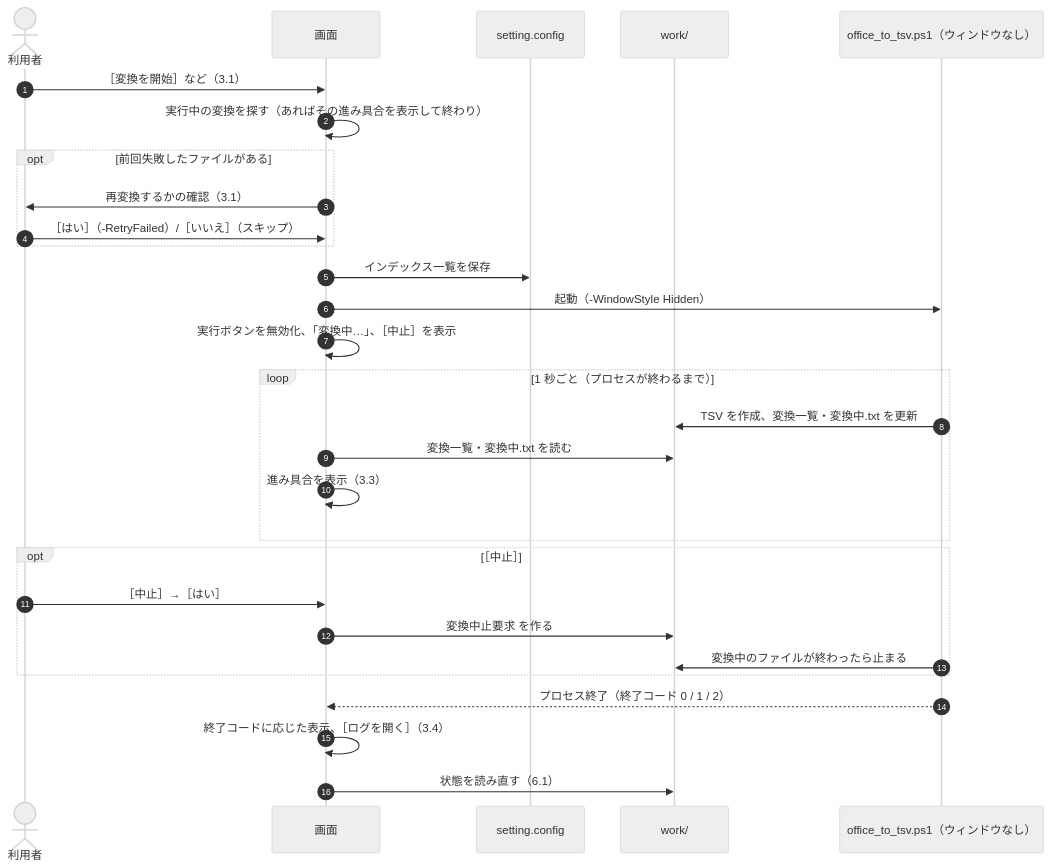
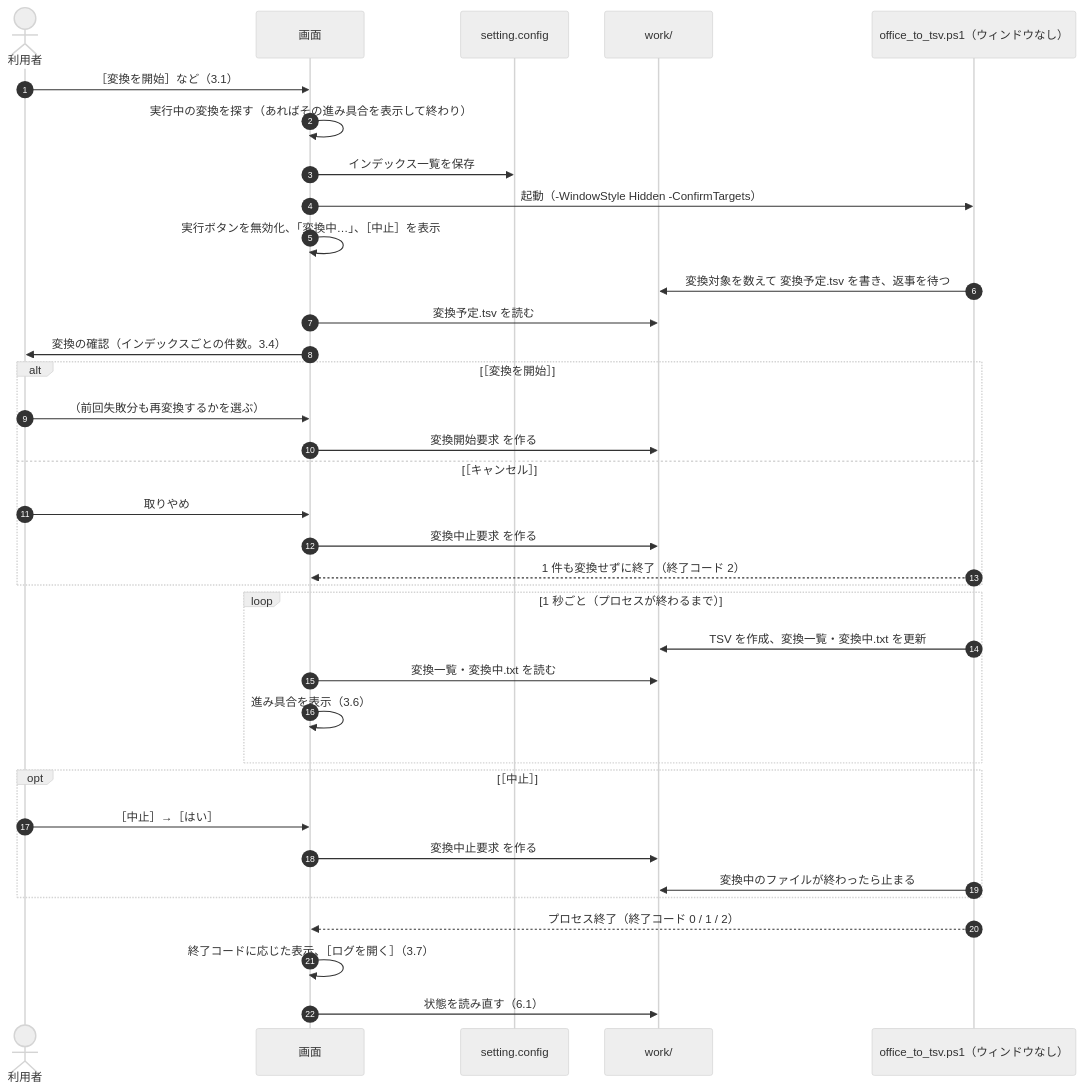
The third of 4 diagrams in docs/03_画面_4_状態と操作の流れ.md (hsgwa/tebunko), drawn with Mermaid (neutral theme) before and after one commit. The commit also changed other lines of this file and 20 other files, not shown here.

````diff
--- a/docs/03_画面_4_状態と操作の流れ.md
+++ b/docs/03_画面_4_状態と操作の流れ.md
@@ -79,32 +80,39 @@
 ```mermaid
 sequenceDiagram
     autonumber
     actor U as 利用者
     participant G as 画面
     participant C as setting.config
     participant W as work/
     participant P as office_to_tsv.ps1（ウィンドウなし）
 
     U->>G: ［変換を開始］など（3.1）
     G->>G: 実行中の変換を探す（あればその進み具合を表示して終わり）
-    opt 前回失敗したファイルがある
-        G->>U: 再変換するかの確認（3.1）
-        U->>G: ［はい］（-RetryFailed）/［いいえ］（スキップ）
+    G->>C: インデックス一覧を保存
+    G->>P: 起動（-WindowStyle Hidden -ConfirmTargets）
+    G->>G: 実行ボタンを無効化、「変換中…」、［中止］を表示
+    P->>W: 変換対象を数えて 変換予定.tsv を書き、返事を待つ
+    G->>W: 変換予定.tsv を読む
+    G->>U: 変換の確認（インデックスごとの件数。3.4）
+    alt ［変換を開始］
+        U->>G: （前回失敗分も再変換するかを選ぶ）
+        G->>W: 変換開始要求 を作る
+    else ［キャンセル］
+        U->>G: 取りやめ
+        G->>W: 変換中止要求 を作る
+        P-->>G: 1 件も変換せずに終了（終了コード 2）
     end
-    G->>C: インデックス一覧を保存
-    G->>P: 起動（-WindowStyle Hidden）
-    G->>G: 実行ボタンを無効化、「変換中…」、［中止］を表示
     loop 1 秒ごと（プロセスが終わるまで）
         P->>W: TSV を作成、変換一覧・変換中.txt を更新
         G->>W: 変換一覧・変換中.txt を読む
-        G->>G: 進み具合を表示（3.3）
+        G->>G: 進み具合を表示（3.6）
     end
     opt ［中止］
         U->>G: ［中止］→［はい］
         G->>W: 変換中止要求 を作る
         P->>W: 変換中のファイルが終わったら止まる
     end
     P-->>G: プロセス終了（終了コード 0 / 1 / 2）
-    G->>G: 終了コードに応じた表示、［ログを開く］（3.4）
+    G->>G: 終了コードに応じた表示、［ログを開く］（3.7）
     G->>W: 状態を読み直す（6.1）
 ```
````
